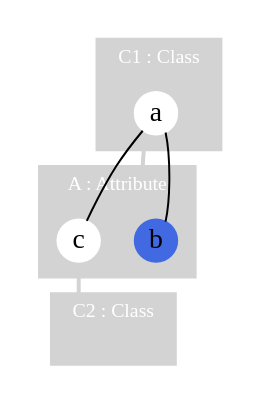
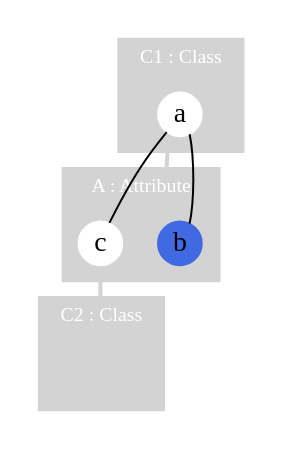
Before and after one commit to repairvision/repairvision: the diagram in plugins/org.sidiff.consistency.graphpattern.sandbox/dot/example_dot.dot, drawn with Graphviz. The commit also changed 8 other files, not shown here.

```diff
--- a/plugins/org.sidiff.consistency.graphpattern.sandbox/dot/example_dot.dot
+++ b/plugins/org.sidiff.consistency.graphpattern.sandbox/dot/example_dot.dot
@@ -1,56 +1,56 @@
 graph G {
 	
 	compound=true;
 	
 	subgraph cluster0 {
-		node [style=filled, shape=circle, color=white, height=0.02, width=0.01, margin=0.0];
+		node [style=filled, shape=circle, color=white, height=0.3, width=0.3, margin=0.0];
 
 		style=filled;
 		color=lightgrey;
 
 		fontcolor=white;
 		fontname=bold;
 		fontsize=10;
 
 		label="C1 : Class";
 
 		a;
 	}
 	
 	subgraph cluster1 {
-		node [style=filled, shape=circle, color=white, height=0.02, width=0.01, margin=0.0];
+		node [style=filled, shape=circle, color=white, height=0.3, width=0.3, margin=0.0];
 
 		style=filled;
 		color=lightgrey;
 
 		fontcolor=white;
 		fontname=bold;
 		fontsize=10;
 
 		label="A : Attribute";
 
 
 		b [color=royalblue];
 		c;
 	}
 	
 	subgraph cluster2 {
-		node [style=filled, shape=circle, color=white, height=0.02, width=0.01, margin=0.0];
+		node [style=filled, shape=circle, color=white, height=0.3, width=0.3, margin=0.0];
 
 		style=filled;
 		color=lightgrey;
 
 		fontcolor=white;
 		fontname=bold;
 		fontsize=10;
 
 		label="C2 : Class";
 
-		cluster0 [style=invis, label="", height=0.02, width=0.01];
+		cluster0 [style=invis, label="", height=0.3, width=0.3];
 	}
 	
 	c -- cluster0 [ltail=cluster1, lhead=cluster2, penwidth=2, color=lightgrey];
 	a -- b [ltail=cluster0, lhead=cluster1, penwidth=2, color=lightgrey];
 	a -- b;
 	a -- c;
 }
```
